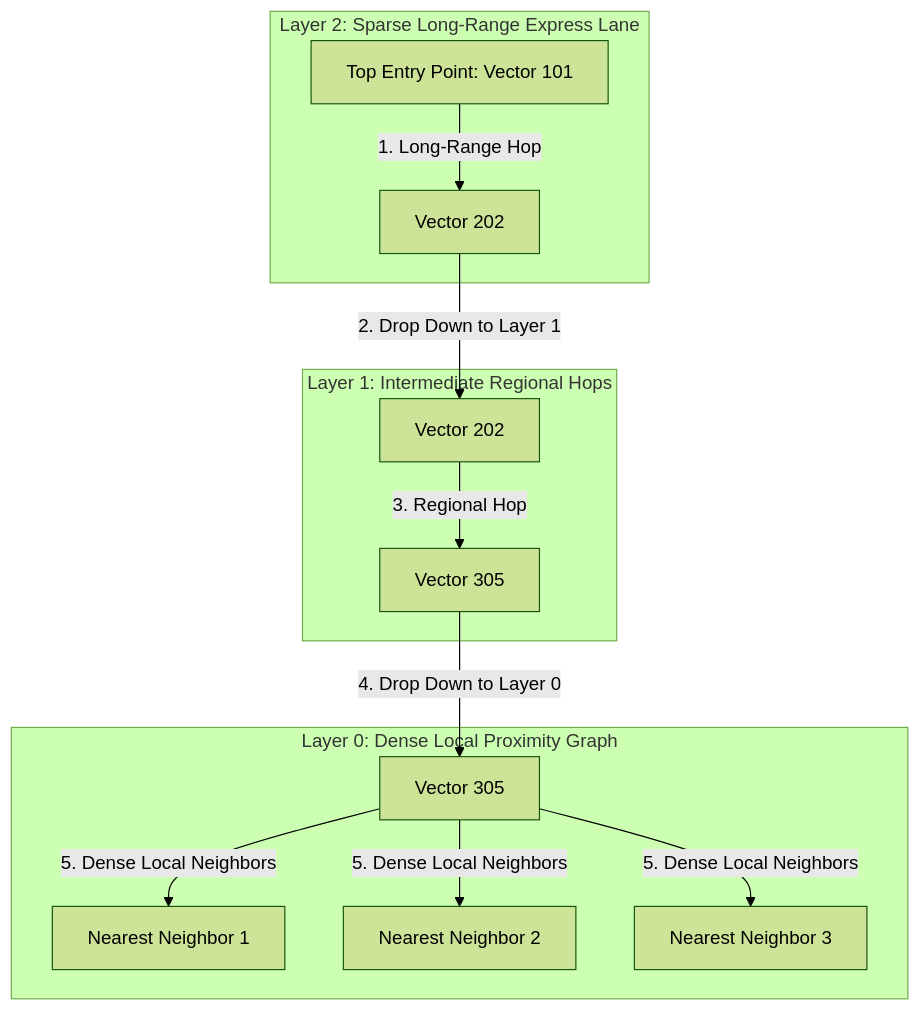
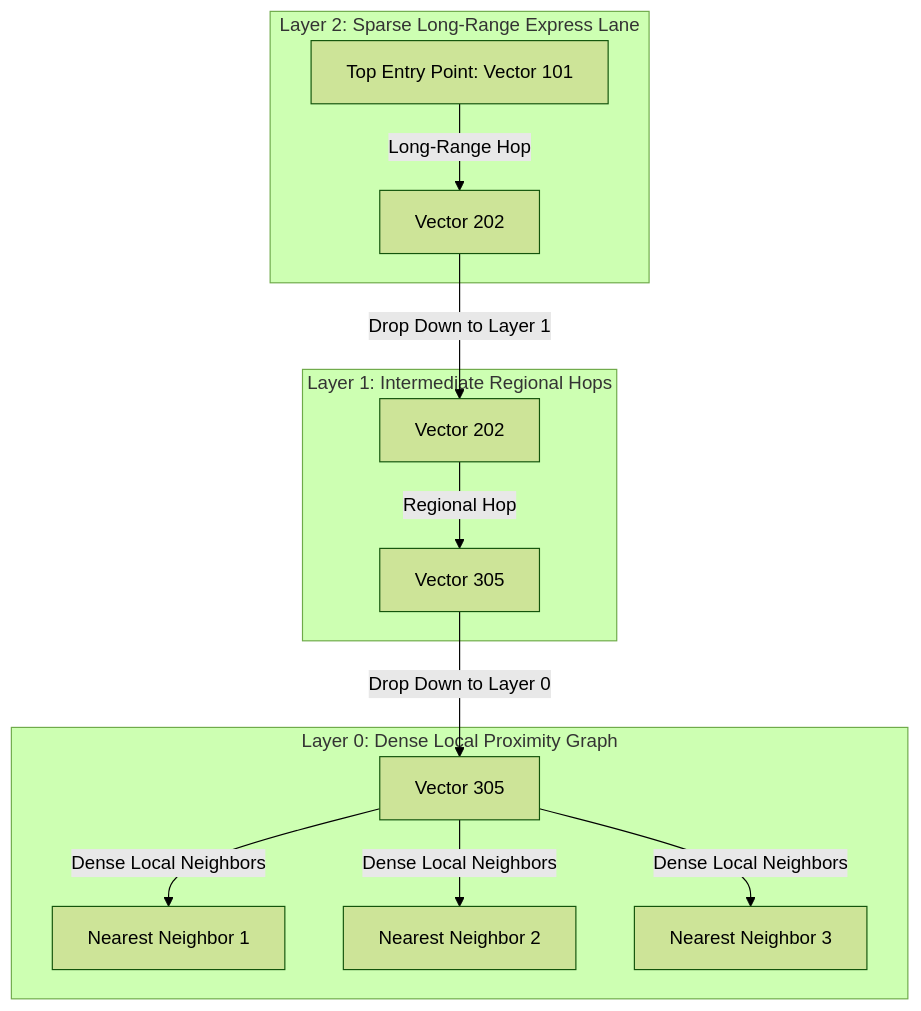
The diagram in blog/posts/vector-indexing-hnsw-multi-layer-graphs-distance-metrics.md (akmalkhaniub/akmalkhaniub.github.io), drawn with Mermaid (forest theme) before and after one commit. The commit also changed 411 other files, not shown here.

````diff
--- a/blog/posts/vector-indexing-hnsw-multi-layer-graphs-distance-metrics.md
+++ b/blog/posts/vector-indexing-hnsw-multi-layer-graphs-distance-metrics.md
@@ -19,18 +19,18 @@
 ```mermaid
-graph TD
+flowchart TD
   subgraph SG1_Layer2Sparse ["Layer 2: Sparse Long-Range Express Lane"]
-    StartNode[Top Entry Point: Vector 101] -->|1. Long-Range Hop| Node202[Vector 202]
+    StartNode[Top Entry Point: Vector 101] -->|Long-Range Hop| Node202[Vector 202]
   end
   
   subgraph SG2_Layer1Intermediate ["Layer 1: Intermediate Regional Hops"]
-    Node202 -->|2. Drop Down to Layer 1| Node202_L1[Vector 202]
-    Node202_L1 -->|3. Regional Hop| Node305[Vector 305]
+    Node202 -->|Drop Down to Layer 1| Node202_L1[Vector 202]
+    Node202_L1 -->|Regional Hop| Node305[Vector 305]
   end
   
   subgraph SG3_Layer0Dense ["Layer 0: Dense Local Proximity Graph"]
-    Node305 -->|4. Drop Down to Layer 0| Node305_L0[Vector 305]
-    Node305_L0 -->|5. Dense Local Neighbors| NN1[Nearest Neighbor 1]
-    Node305_L0 -->|5. Dense Local Neighbors| NN2[Nearest Neighbor 2]
-    Node305_L0 -->|5. Dense Local Neighbors| NN3[Nearest Neighbor 3]
+    Node305 -->|Drop Down to Layer 0| Node305_L0[Vector 305]
+    Node305_L0 -->|Dense Local Neighbors| NN1[Nearest Neighbor 1]
+    Node305_L0 -->|Dense Local Neighbors| NN2[Nearest Neighbor 2]
+    Node305_L0 -->|Dense Local Neighbors| NN3[Nearest Neighbor 3]
   end
 ```
````
